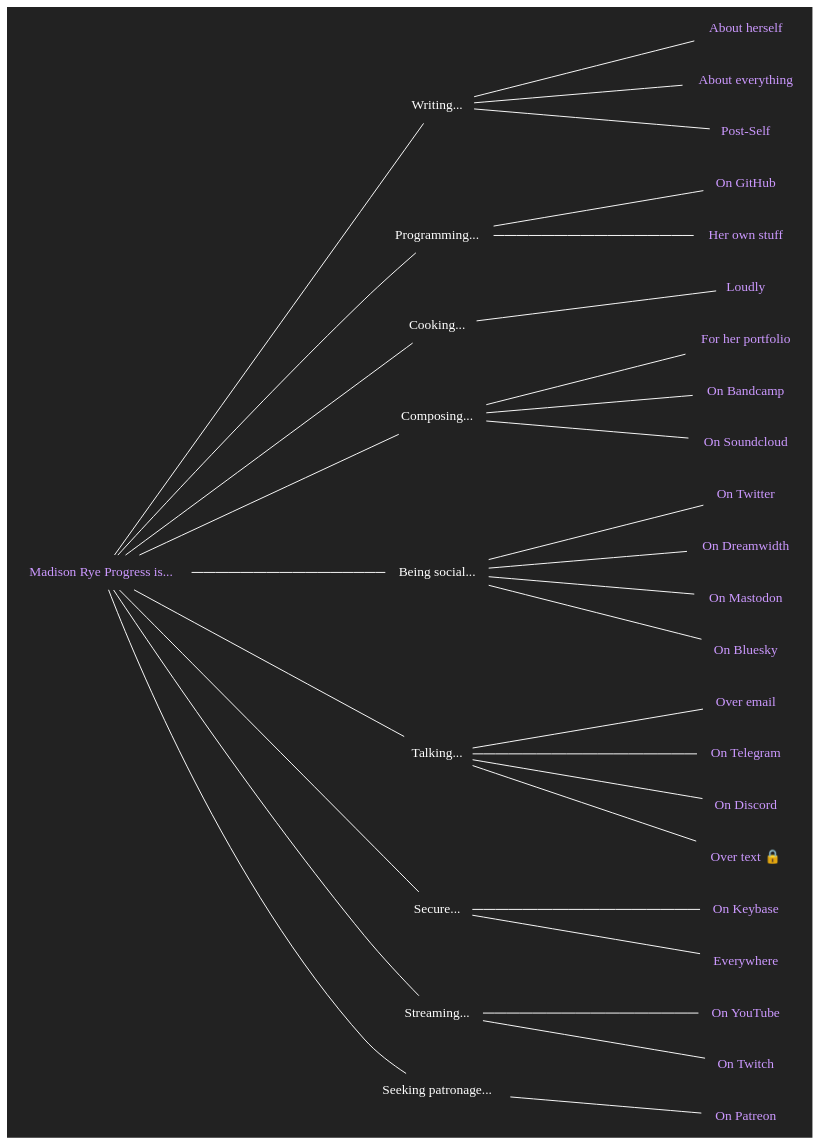
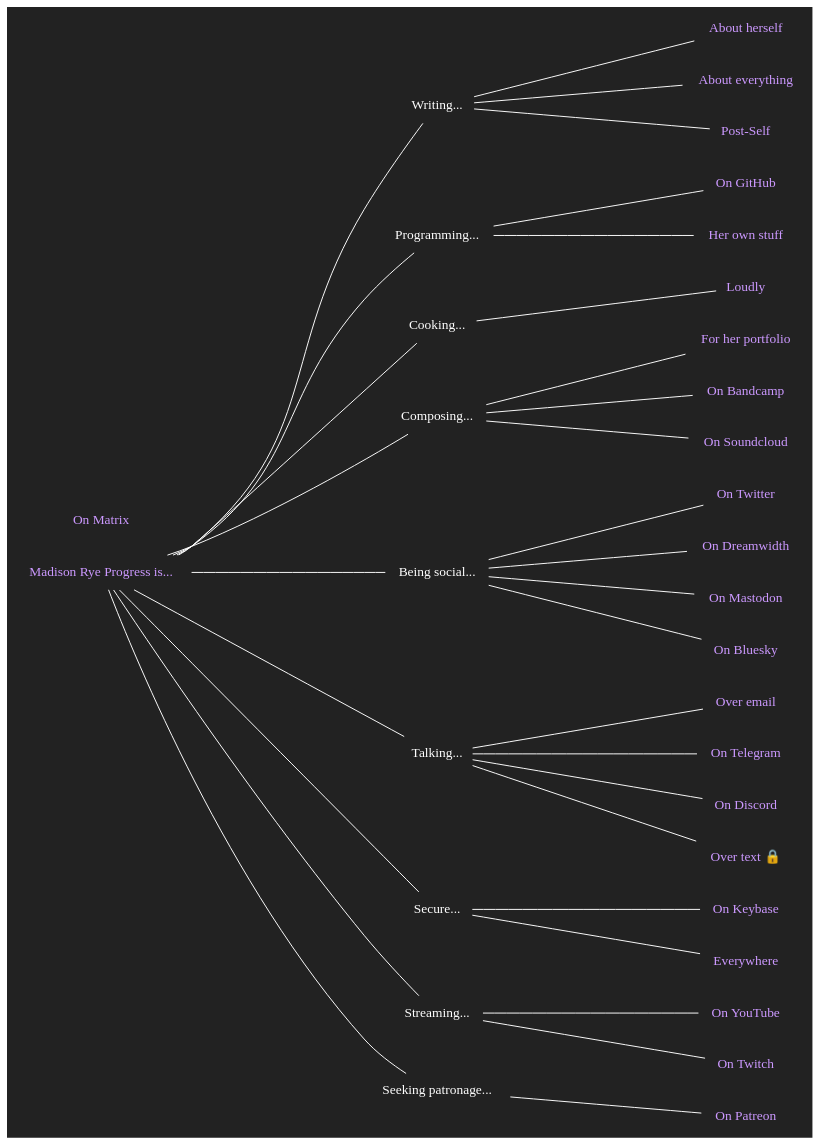
The diagram in is.dot (makyo/makyo.is), drawn with Graphviz before and after one commit. The commit also changed 4 other files, not shown here.

```diff
--- a/is.dot
+++ b/is.dot
@@ -1,74 +1,74 @@
 graph is {
     node[shape="none",fontcolor="#ffffff",color="#ffffff",fontname="Ubuntu"]
     edge[color="#ffffff"]
     graph[bgcolor="#222222",label="",margin="0",rankdir="LR",ranksep=2.5]
 
     copula [label="Madison Rye Progress is...",fontcolor="#cc99ff",href="https://drab-makyo.com"]
 
     writing [label="Writing..."]
     /* writing_anything [label="Anything",fontcolor="#cc99ff",href="https://writing.drab-makyo.com"] 
      */
     writing_ally [label="About herself",fontcolor="#cc99ff",href="https://ally.id"]
     writing_portfolio [label="About everything",fontcolor="#cc99ff",href="https://makyo.ink"]
     writing_postself [label="Post-Self",fontcolor="#cc99ff",href="https://post-self.ink"]
     copula -- writing -- { /* writing_anything, */ writing_ally, writing_portfolio, writing_postself }
 
     /*photography [label="Taking pictures..."]
     photography_flickr [label="On Flickr",fontcolor="#cc99ff",href="https://flickr.com/photos/ranna"]
     photography_portfolio [label="For her portfolio",fontcolor="#cc99ff",href="https://makyo.photography"]
     copula -- photography -- { photography_flickr, photography_portfolio }*/
 
     programming [label="Programming..."]
     programming_github [label="On GitHub",fontcolor="#cc99ff",href="https://github.com/makyo"]
     /* programming_launchpad [label="On Launchpad",fontcolor="#cc99ff",href="https://launchpad.net/~makyo"]
      */
     programming_personal [label="Her own stuff",fontcolor="#cc99ff",href="https://makyo.dev"]
     copula -- programming -- { programming_github, /*programming_launchpad,*/ programming_personal }
 
     cooking [label="Cooking..."]
     /*cooking_quietly [label="Quietly",fontcolor="#cc99ff",href="https://makyo.cooking"]
      */
     cooking_loudly [label="Loudly",fontcolor="#cc99ff",href="https://twitter.com/loudfood"]
     copula -- cooking -- { /*cooking_quietly,*/ cooking_loudly }
 
     composing [label="Composing..."]
     composing_portfolio [label="For her portfolio",fontcolor="#cc99ff",href="https://sounds.drab-makyo.com"]
     composing_bandcamp [label="On Bandcamp",fontcolor="#cc99ff",href="https://drab-makyo.bandcamp.com"]
     composing_soundcloud [label="On Soundcloud",fontcolor="#cc99ff",href="https://soundcloud.com/drabmakyo"]
     copula -- composing -- { composing_portfolio, composing_bandcamp, composing_soundcloud }
 
     social [label="Being social..."]
     social_twitter [label="On Twitter",fontcolor="#cc99ff",href="https://twitter.com/makyo_writes"]
     social_dreamwidth [label="On Dreamwidth",fontcolor="#cc99ff",href="https://skunkcetera.dreamwidth.org"]
     social_mastodon [label="On Mastodon",fontcolor="#cc99ff",href="https://awoo.space/@makyo"]
     social_bluesky [label="On Bluesky",fontcolor="#cc99ff",href="https://bsky.app/profile/makyo.bsky.social"]
     copula -- social -- { social_twitter, social_mastodon, social_dreamwidth, social_bluesky }
 
     talking [label="Talking..."]
     talking_email [label="Over email",fontcolor="#cc99ff",href="mailto:makyo@drab-makyo.com"]
     talking_telegram [label="On Telegram",fontcolor="#cc99ff",href="https://t.me/DrabMakyo"]
     talking_discord [label="On Discord",fontcolor="#cc99ff",href="https://discord.com/users/Makyo#7093",title="Makyo#7093"]
-    /*talking_matrix [label="On Matrix",fontcolor="#cc99ff",href="https://matrix.to/#/@makyo:drab-makyo.com"]
-    talking_wire [label="On Wire",fontcolor="#cc99ff",href="/wire",title="@makyo"]*/
+    talking_matrix [label="On Matrix",fontcolor="#cc99ff",href="https://matrix.to/#/@makyo:polycul.es"]
+    /*talking_wire [label="On Wire",fontcolor="#cc99ff",href="/wire",title="@makyo"]*/
     talking_phone [label="Over text 🔒 ",fontcolor="#cc99ff",href="tel:3038185943"]
     copula -- talking -- { talking_email, talking_telegram, talking_discord, talking_phone /*, talking_matrix, talking_wire*/ }
 
     /*working [label="Working..."]
     working_digitalocean [label="At DigitalOcean",fontcolor="#cc99ff",href="https://digitalocean.com"]
     working_hybrid [label="At Hybrid Ink, LLC",fontcolor="#cc99ff",href="https://hybrid.ink"] 
     copula -- working -- { working_hybrid, working_digitalocean }*/
 
     secure [label="Secure..."]
     secure_keybase [label="On Keybase",fontcolor="#cc99ff",href="https://keybase.io/makyo"]
     secure_everywhere [label="Everywhere",fontcolor="#cc99ff",href="https://drab-makyo.com/pgp"]
     copula -- secure -- { secure_everywhere, secure_keybase }
 
     playing [label="Streaming..."]
     playing_youtube [label="On YouTube",fontcolor="#cc99ff",href="https://www.youtube.com/@ephahvix"]
     playing_twitch [label="On Twitch",fontcolor="#cc99ff",href="https://twitch.tv/ephahvix"]
     copula -- playing -- { playing_youtube, playing_twitch }
 
     patron [label="Seeking patronage..."]
     patron_patreon [label="On Patreon",fontcolor="#cc99ff",href="https://patreon.com/makyo"]
     copula -- patron -- { patron_patreon }
 }
```
